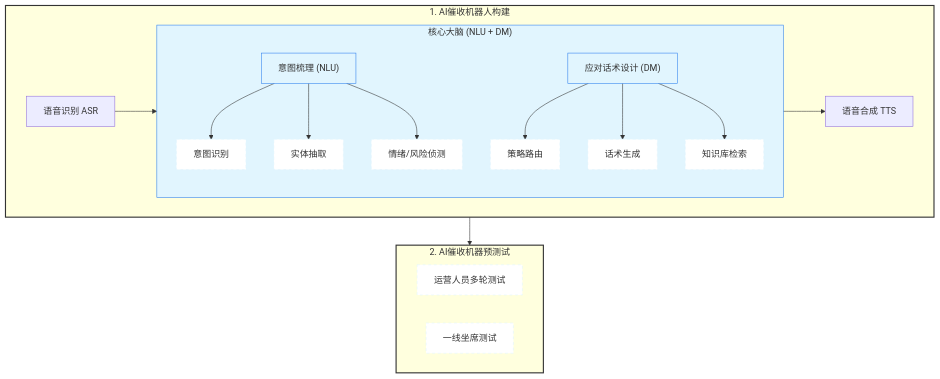
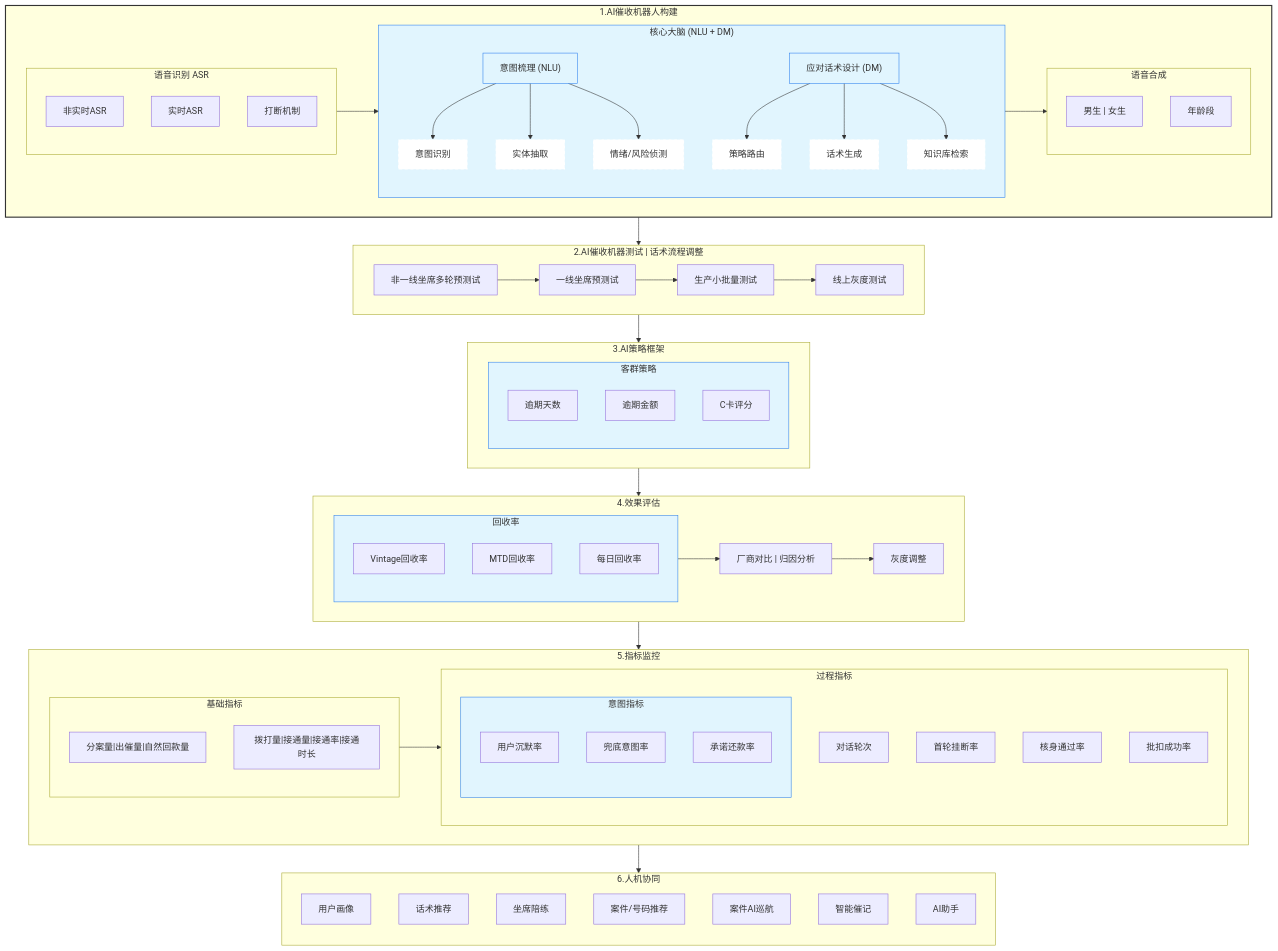
Before and after one commit to mingminyu/mingminyu.github.io: the diagram in docs/ai/催收机器人/ch00-项目介绍.md, drawn with Mermaid. The commit also changed other lines of this file and 3 other files, not shown here.

````diff
--- a/docs/ai/催收机器人/ch00-项目介绍.md
+++ b/docs/ai/催收机器人/ch00-项目介绍.md
@@ -43,8 +43,13 @@
     classDef subNode fill:#E1F5FE,color:#333,stroke:#2F80ED,stroke-width:1px;
     classDef leafNode fill:#fff,color:#333,stroke:#E1F5FE,stroke-width:1px,stroke-dasharray: 5 5;
 
-    subgraph AIBotBuild["1. AI催收机器人构建"]
-        ASR["语音识别 ASR"]
+    subgraph AIBotBuild["1.AI催收机器人构建"]
+
+        subgraph ASR["语音识别 ASR"]
+            ASR1["非实时ASR"]
+            ASR2["实时ASR"]
+            ASR3["打断机制"]
+        end
         
         subgraph AIBotCore["核心大脑 (NLU + DM)"]
             direction TB
@@ -60,21 +65,97 @@
             DM --> Knowledge["知识库检索"]
         end
         
-        TTS["语音合成 TTS"]
+        subgraph TTS["语音合成"]
+            TTS1["男生 | 女生"]
+            TTS2["年龄段"]
+        end
     end
 
-    subgraph AIBotPreTest["2. AI催收机器预测试"]
-        A1["运营人员多轮测试"]
-        A2["一线坐席测试"]
+    subgraph AIBotTest["2.AI催收机器测试 | 话术流程调整"]
+        direction LR
+        T1["非一线坐席多轮预测试"]
+        T2["一线坐席预测试"]
+        T3["生产小批量测试"]
+        T4["线上灰度测试"]
+        T1 --> T2 --> T3 --> T4
     end
+
+    subgraph AICltPolicy["3.AI策略框架"]
+        direction LR
+
+        subgraph CustPolicy["客群策略"]
+            direction TB
+            C1["逾期天数"]
+            C2["逾期金额"]
+            C3["C卡评分"]
+        end
+        
+    end
+
+    subgraph PerfEval["4.效果评估"]
+        direction LR
+
+        subgraph RepayRate["回收率"]
+            direction TB
+            RR1["Vintage回收率"]
+            RR2["MTD回收率"]
+            RR3["每日回收率"]
+        end
+        
+        RepayRate --> RR4["厂商对比 | 归因分析"] --> RR5["灰度调整"]
+    end
+
+    subgraph Monitor["5.指标监控"]
+        direction LR
+        
+        subgraph MetricsCase["基础指标"]
+            direction TD
+            M1["分案量|出催量|自然回款量"]
+            M2["拨打量|接通量|接通率|接通时长"]
+        end
+
+        subgraph MetricsAI["过程指标"]
+            direction TD
+            
+            MA0["对话轮次"]
+            MA1["首轮挂断率"]
+            MA2["核身通过率"]
+            MA3["批扣成功率"]
+
+            subgraph MetricsAIIntent["意图指标"]
+                MA51["用户沉默率"]
+                MA52["兜底意图率"]
+                MA53["承诺还款率"]
+            end
+            
+        end
+
+        MetricsCase --> MetricsAI
+    end
+
+    subgraph ColAIMan["6.人机协同"]
+        direction TD
+        AM1["用户画像"]
+        AM2["话术推荐"]
+        AM3["坐席陪练"]
+        AM4["案件/号码推荐"]
+        AM5["案件AI巡航"]
+        AM6["智能催记"]
+        AM7["AI助手"]
+    end
+
 
     %% 连接关系
     ASR --> AIBotCore
     AIBotCore --> TTS
-    AIBotBuild --> AIBotPreTest
+    AIBotBuild --> AIBotTest 
+    AIBotTest --> AICltPolicy
+    AICltPolicy --> PerfEval
+    PerfEval --> Monitor
+    Monitor --> ColAIMan
 
     %% 应用样式
     class AIBotBuild,AIBotPreTest mainNode;
-    class AIBotCore,NLU,DM subNode;
-    class Intent,Entity,Sentiment,Strategy,Script,Knowledge,A1,A2 leafNode;
+    class AIBotCore,NLU,DM,CustPolicy,RepayRate,MetricsAIIntent subNode;
+    class Intent,Entity,Sentiment,Strategy,Script,Knowledge leafNode;
 ```
````
